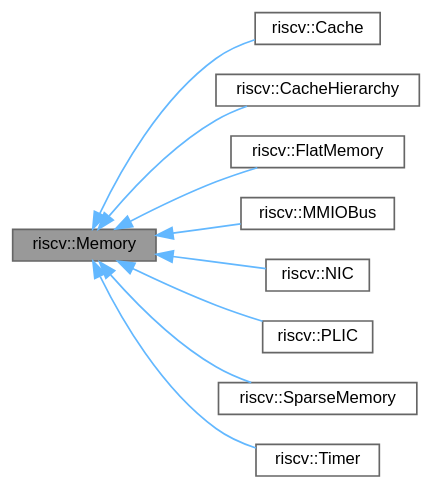
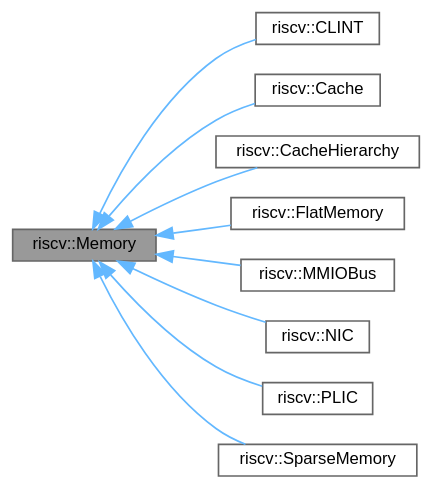
The diagram in api/classriscv_1_1Memory__inherit__graph.dot (danstr0/riscv-uArch-engine), drawn with Graphviz before and after one commit. The commit also changed 425 other files, not shown here.

```diff
--- a/api/classriscv_1_1Memory__inherit__graph.dot
+++ b/api/classriscv_1_1Memory__inherit__graph.dot
@@ -1,25 +1,25 @@
 digraph "riscv::Memory"
 {
  // LATEX_PDF_SIZE
   bgcolor="transparent";
   edge [fontname=Helvetica,fontsize=10,labelfontname=Helvetica,labelfontsize=10];
   node [fontname=Helvetica,fontsize=10,shape=box,height=0.2,width=0.4];
   rankdir="LR";
   Node1 [id="Node000001",label="riscv::Memory",height=0.2,width=0.4,color="gray40", fillcolor="grey60", style="filled", fontcolor="black",tooltip="Abstract interface for all memory-mapped entities."];
   Node1 -> Node2 [id="edge1_Node000001_Node000002",dir="back",color="steelblue1",style="solid",tooltip=" "];
-  Node2 [id="Node000002",label="riscv::Cache",height=0.2,width=0.4,color="gray40", fillcolor="white", style="filled",URL="$classriscv_1_1Cache.html",tooltip="Single cache level with configurable geometry, replacement, and write policies."];
+  Node2 [id="Node000002",label="riscv::CLINT",height=0.2,width=0.4,color="gray40", fillcolor="white", style="filled",URL="$classriscv_1_1CLINT.html",tooltip=" "];
   Node1 -> Node3 [id="edge2_Node000001_Node000003",dir="back",color="steelblue1",style="solid",tooltip=" "];
-  Node3 [id="Node000003",label="riscv::CacheHierarchy",height=0.2,width=0.4,color="gray40", fillcolor="white", style="filled",URL="$classriscv_1_1CacheHierarchy.html",tooltip="Multi-level cache chain backed by a main memory."];
+  Node3 [id="Node000003",label="riscv::Cache",height=0.2,width=0.4,color="gray40", fillcolor="white", style="filled",URL="$classriscv_1_1Cache.html",tooltip="Single cache level with configurable geometry, replacement, and write policies."];
   Node1 -> Node4 [id="edge3_Node000001_Node000004",dir="back",color="steelblue1",style="solid",tooltip=" "];
-  Node4 [id="Node000004",label="riscv::FlatMemory",height=0.2,width=0.4,color="gray40", fillcolor="white", style="filled",URL="$classriscv_1_1FlatMemory.html",tooltip="Contiguous, byte-addressable RAM region."];
+  Node4 [id="Node000004",label="riscv::CacheHierarchy",height=0.2,width=0.4,color="gray40", fillcolor="white", style="filled",URL="$classriscv_1_1CacheHierarchy.html",tooltip="Multi-level cache chain backed by a main memory."];
   Node1 -> Node5 [id="edge4_Node000001_Node000005",dir="back",color="steelblue1",style="solid",tooltip=" "];
-  Node5 [id="Node000005",label="riscv::MMIOBus",height=0.2,width=0.4,color="gray40", fillcolor="white", style="filled",URL="$classriscv_1_1MMIOBus.html",tooltip="Address-space router connecting the CPU to memory-mapped devices."];
+  Node5 [id="Node000005",label="riscv::FlatMemory",height=0.2,width=0.4,color="gray40", fillcolor="white", style="filled",URL="$classriscv_1_1FlatMemory.html",tooltip="Contiguous, byte-addressable RAM region."];
   Node1 -> Node6 [id="edge5_Node000001_Node000006",dir="back",color="steelblue1",style="solid",tooltip=" "];
-  Node6 [id="Node000006",label="riscv::NIC",height=0.2,width=0.4,color="gray40", fillcolor="white", style="filled",URL="$classriscv_1_1NIC.html",tooltip="Cycle-accurate network interface controller."];
+  Node6 [id="Node000006",label="riscv::MMIOBus",height=0.2,width=0.4,color="gray40", fillcolor="white", style="filled",URL="$classriscv_1_1MMIOBus.html",tooltip="Address-space router connecting the CPU to memory-mapped devices."];
   Node1 -> Node7 [id="edge6_Node000001_Node000007",dir="back",color="steelblue1",style="solid",tooltip=" "];
-  Node7 [id="Node000007",label="riscv::PLIC",height=0.2,width=0.4,color="gray40", fillcolor="white", style="filled",URL="$classriscv_1_1PLIC.html",tooltip="MMIO-mapped Platform-Level Interrupt Controller."];
+  Node7 [id="Node000007",label="riscv::NIC",height=0.2,width=0.4,color="gray40", fillcolor="white", style="filled",URL="$classriscv_1_1NIC.html",tooltip="Cycle-accurate network interface controller."];
   Node1 -> Node8 [id="edge7_Node000001_Node000008",dir="back",color="steelblue1",style="solid",tooltip=" "];
-  Node8 [id="Node000008",label="riscv::SparseMemory",height=0.2,width=0.4,color="gray40", fillcolor="white", style="filled",URL="$classriscv_1_1SparseMemory.html",tooltip=" "];
+  Node8 [id="Node000008",label="riscv::PLIC",height=0.2,width=0.4,color="gray40", fillcolor="white", style="filled",URL="$classriscv_1_1PLIC.html",tooltip="MMIO-mapped Platform-Level Interrupt Controller."];
   Node1 -> Node9 [id="edge8_Node000001_Node000009",dir="back",color="steelblue1",style="solid",tooltip=" "];
-  Node9 [id="Node000009",label="riscv::Timer",height=0.2,width=0.4,color="gray40", fillcolor="white", style="filled",URL="$classriscv_1_1Timer.html",tooltip="CLINT machine-mode timer."];
+  Node9 [id="Node000009",label="riscv::SparseMemory",height=0.2,width=0.4,color="gray40", fillcolor="white", style="filled",URL="$classriscv_1_1SparseMemory.html",tooltip=" "];
 }
```
